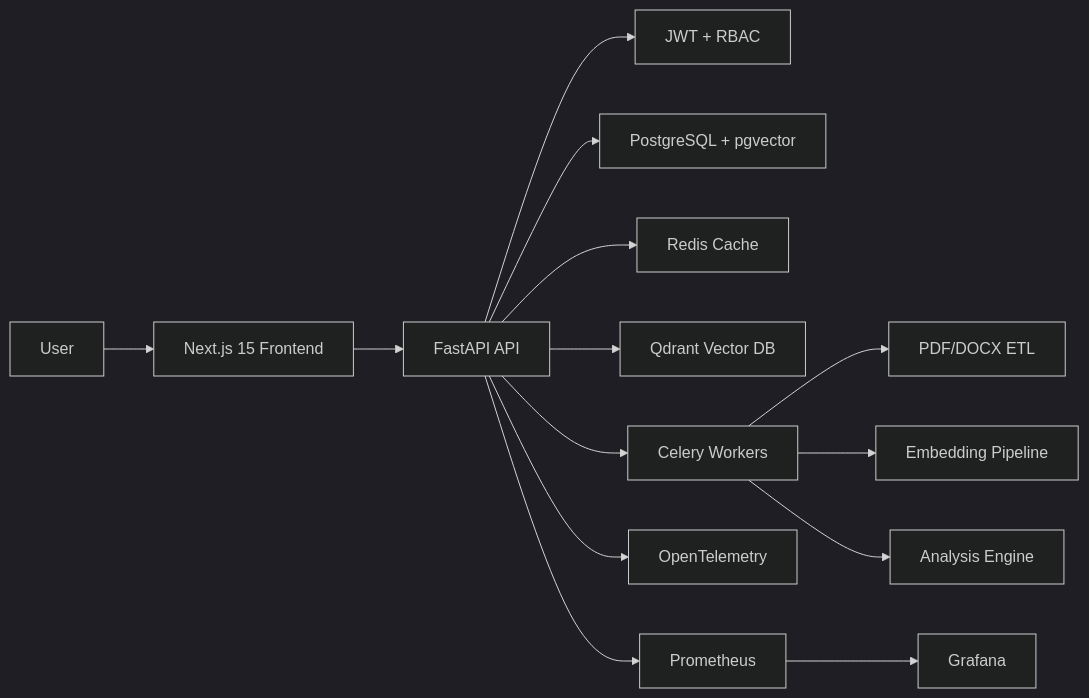
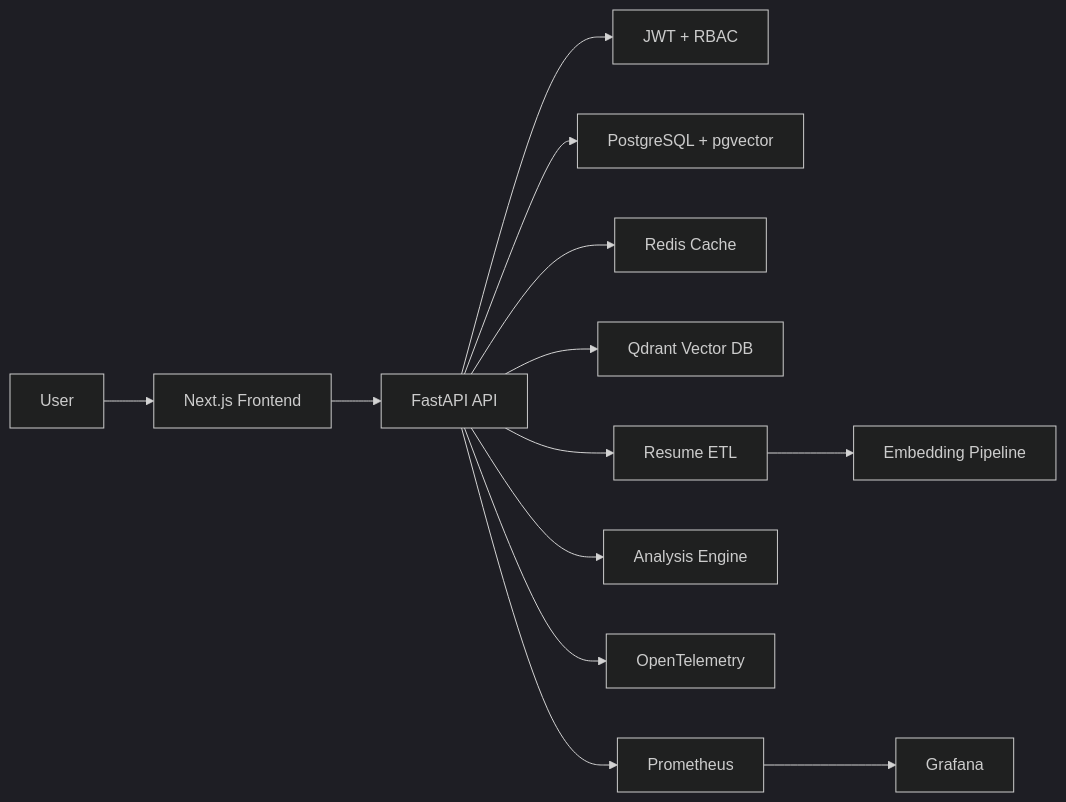
Before and after one commit to Charles-AM/Resume_Analyzer: the first of 3 diagrams in README.md, drawn with Mermaid (dark theme). The commit also changed other lines of this file, not shown here.

Commit message:
docs: align readme with current resume analyzer

````diff
--- a/README.md
+++ b/README.md
@@ -9,16 +58,15 @@
 ```mermaid
 flowchart LR
-  U["User"] --> FE["Next.js 15 Frontend"]
+  U["User"] --> FE["Next.js Frontend"]
   FE --> API["FastAPI API"]
   API --> AUTH["JWT + RBAC"]
   API --> PG["PostgreSQL + pgvector"]
   API --> REDIS["Redis Cache"]
   API --> Q["Qdrant Vector DB"]
-  API --> CELERY["Celery Workers"]
-  CELERY --> ETL["PDF/DOCX ETL"]
-  CELERY --> EMB["Embedding Pipeline"]
-  CELERY --> AI["Analysis Engine"]
+  API --> ETL["Resume ETL"]
+  ETL --> EMB["Embedding Pipeline"]
+  API --> AI["Analysis Engine"]
   API --> OTEL["OpenTelemetry"]
   API --> PROM["Prometheus"]
   PROM --> GRAF["Grafana"]
 ```
````
